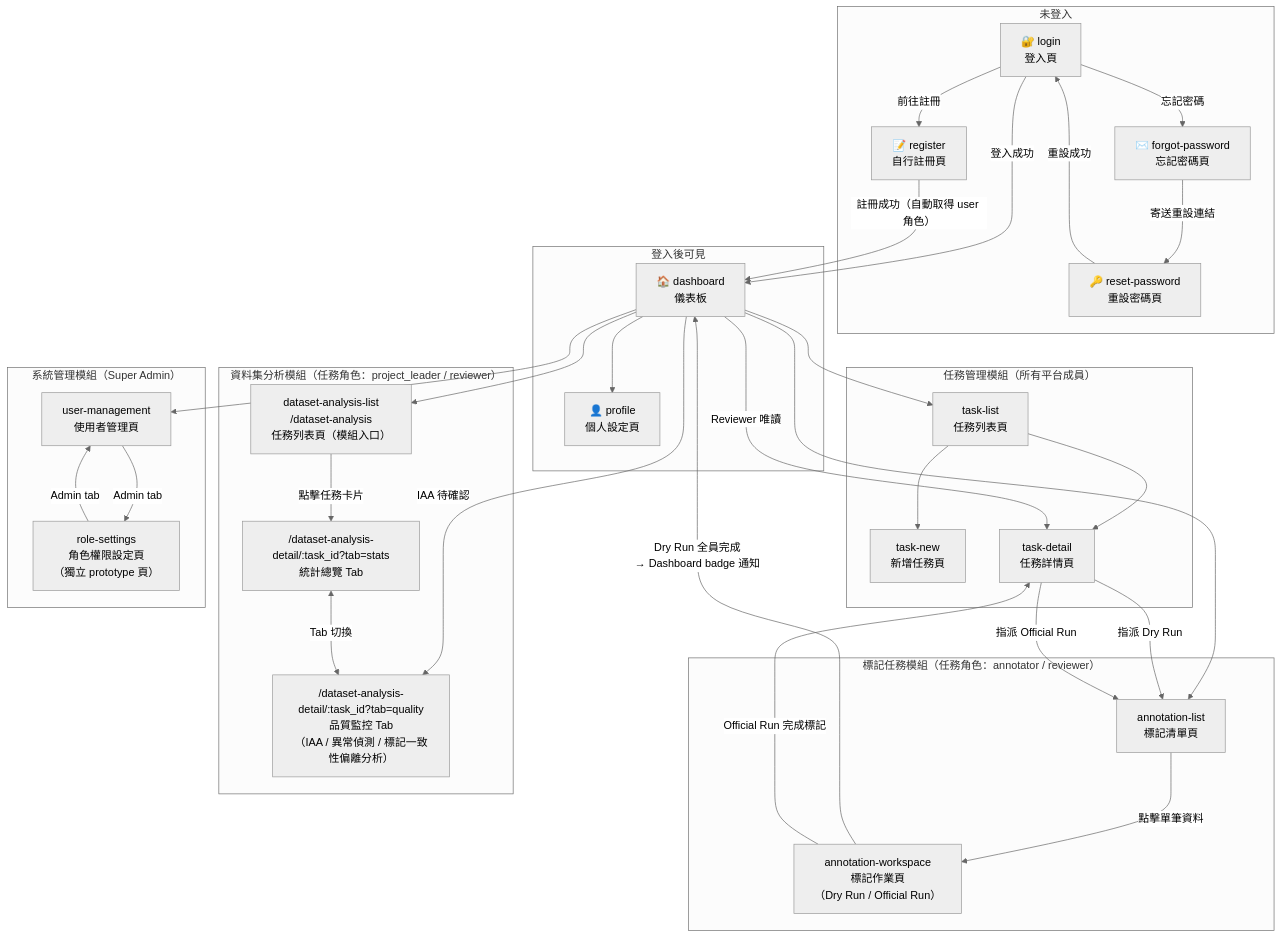
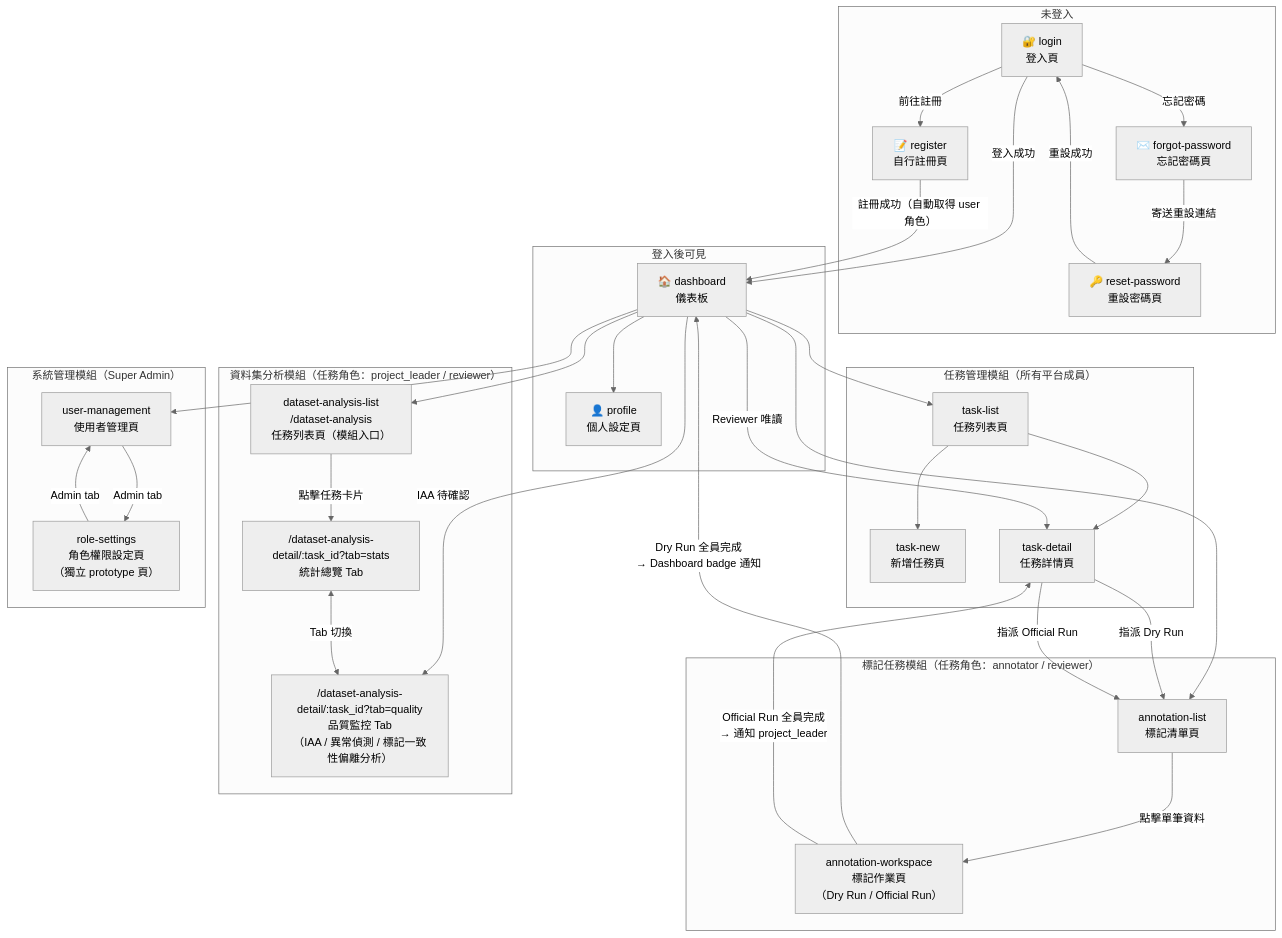
The first of 5 diagrams in docs/product/ia/information-architecture.md (singyichen/label-suite), drawn with Mermaid (neutral theme) before and after one commit. The commit also changed other lines of this file and 7 other files, not shown here.

````diff
--- a/docs/product/ia/information-architecture.md
+++ b/docs/product/ia/information-architecture.md
@@ -141,64 +141,64 @@
 ```mermaid
 flowchart TD
   subgraph 未登入
     LOGIN["🔐 login\n登入頁"]
     REGISTER["📝 register\n自行註冊頁"]
     FORGOT["✉️ forgot-password\n忘記密碼頁"]
     RESET["🔑 reset-password\n重設密碼頁"]
   end
 
   subgraph 登入後可見
     DASH["🏠 dashboard\n儀表板"]
     PROFILE["👤 profile\n個人設定頁"]
   end
 
   subgraph 任務管理模組["任務管理模組（所有平台成員）"]
     TLIST["task-list\n任務列表頁"]
     TNEW["task-new\n新增任務頁"]
     TDETAIL["task-detail\n任務詳情頁"]
   end
 
   subgraph 標記任務模組["標記任務模組（任務角色：annotator / reviewer）"]
     ALIST["annotation-list\n標記清單頁"]
     ANNOT["annotation-workspace\n標記作業頁\n（Dry Run / Official Run）"]
   end
 
   subgraph 資料集分析模組["資料集分析模組（任務角色：project_leader / reviewer）"]
     DA_LIST["dataset-analysis-list\n/dataset-analysis\n任務列表頁（模組入口）"]
     STATS["/dataset-analysis-detail/:task_id?tab=stats\n統計總覽 Tab"]
     QUALITY["/dataset-analysis-detail/:task_id?tab=quality\n品質監控 Tab\n（IAA / 異常偵測 / 標記一致性偏離分析）"]
   end
 
   subgraph 系統管理模組["系統管理模組（Super Admin）"]
     USERS["user-management\n使用者管理頁"]
     ROLES["role-settings\n角色權限設定頁\n（獨立 prototype 頁）"]
   end
 
   LOGIN -->|"登入成功"| DASH
   LOGIN -->|"前往註冊"| REGISTER
   LOGIN -->|"忘記密碼"| FORGOT
   FORGOT -->|"寄送重設連結"| RESET
   RESET -->|"重設成功"| LOGIN
   REGISTER -->|"註冊成功（自動取得 user 角色）"| DASH
   DASH --> PROFILE
   DASH --> TLIST
   DASH --> ALIST
   DASH --> DA_LIST
   DA_LIST -->|點擊任務卡片| STATS
   DASH -->|IAA 待確認| QUALITY
   DASH --> USERS
 
   TLIST --> TNEW
   TLIST --> TDETAIL
   DASH -->|Reviewer 唯讀| TDETAIL
   TDETAIL -->|指派 Dry Run| ALIST
   TDETAIL -->|指派 Official Run| ALIST
   ALIST -->|點擊單筆資料| ANNOT
   ANNOT -->|Dry Run 全員完成\n→ Dashboard badge 通知| DASH
-  ANNOT -->|Official Run 完成標記| TDETAIL
+  ANNOT -->|Official Run 全員完成\n→ 通知 project_leader| TDETAIL
 
   USERS -->|Admin tab| ROLES
   ROLES -->|Admin tab| USERS
 
   STATS <-->|Tab 切換| QUALITY
 ```
````
